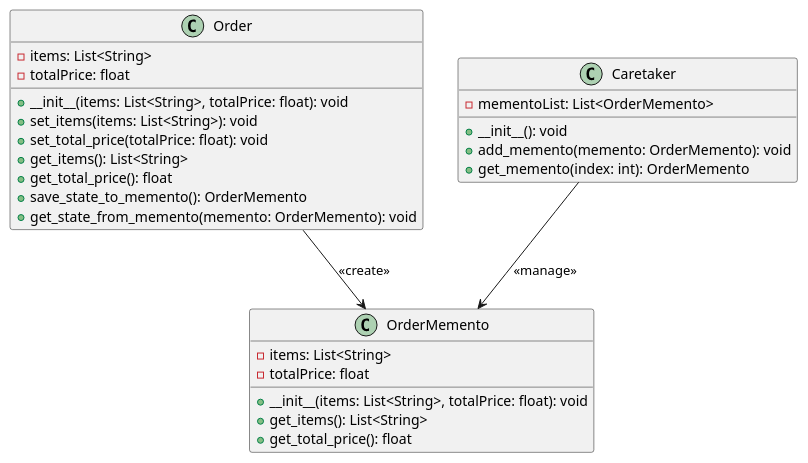
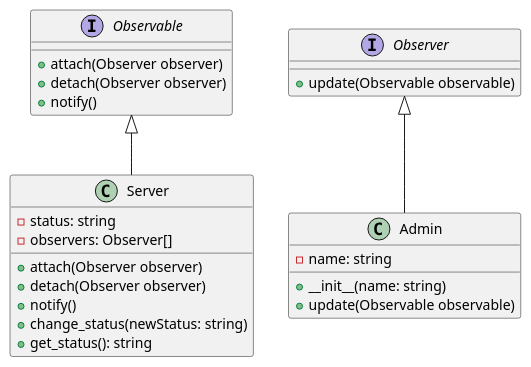
Before and after one commit to andrewovchinnikov/design-patterns: the diagram in klassifikaciya-patternov/povedencheskie-patterny-behavioral-patterns/nablyudatel-observer/primery/monitoring-sostoyaniya-serverov/python.md, drawn with PlantUML. The commit also changed other lines of this file and 60 other files, not shown here.

````diff
--- a/klassifikaciya-patternov/povedencheskie-patterny-behavioral-patterns/nablyudatel-observer/primery/monitoring-sostoyaniya-serverov/python.md
+++ b/klassifikaciya-patternov/povedencheskie-patterny-behavioral-patterns/nablyudatel-observer/primery/monitoring-sostoyaniya-serverov/python.md
@@ -113,35 +116,34 @@
 ```plantuml
 @startuml
 
-class Order {
-    -items: List<String>
-    -totalPrice: float
-    +__init__(items: List<String>, totalPrice: float): void
-    +set_items(items: List<String>): void
-    +set_total_price(totalPrice: float): void
-    +get_items(): List<String>
-    +get_total_price(): float
-    +save_state_to_memento(): OrderMemento
-    +get_state_from_memento(memento: OrderMemento): void
+interface Observable {
+    +attach(Observer observer)
+    +detach(Observer observer)
+    +notify()
 }
 
-class OrderMemento {
-    -items: List<String>
-    -totalPrice: float
-    +__init__(items: List<String>, totalPrice: float): void
-    +get_items(): List<String>
-    +get_total_price(): float
+interface Observer {
+    +update(Observable observable)
 }
 
-class Caretaker {
-    -mementoList: List<OrderMemento>
-    +__init__(): void
-    +add_memento(memento: OrderMemento): void
-    +get_memento(index: int): OrderMemento
+class Server {
+    -status: string
+    -observers: Observer[]
+    +attach(Observer observer)
+    +detach(Observer observer)
+    +notify()
+    +change_status(newStatus: string)
+    +get_status(): string
 }
 
-Order --> OrderMemento: <<create>>
-Caretaker --> OrderMemento: <<manage>>
+class Admin {
+    -name: string
+    +__init__(name: string)
+    +update(Observable observable)
+}
+
+Observable <|-- Server
+Observer <|-- Admin
 
 @enduml
 ```
````
